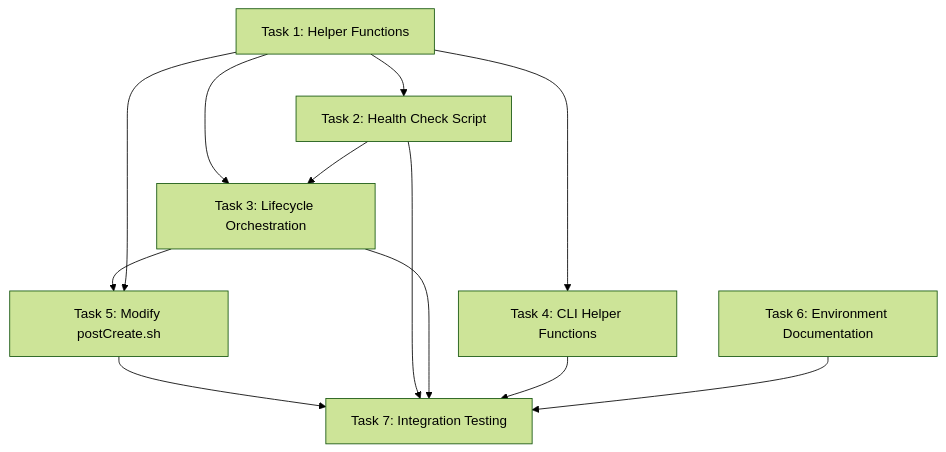
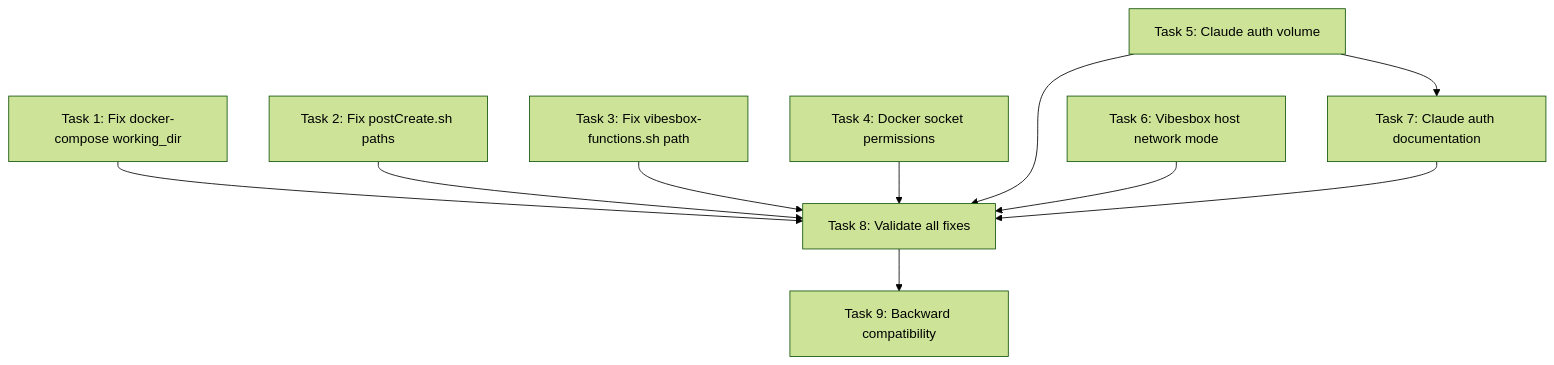
Before and after one commit to jonhill90/vibes: the diagram in prps/execution-plan.md, drawn with Mermaid (forest theme). The commit also changed other lines of this file and 5 other files, not shown here.

````diff
--- a/prps/execution-plan.md
+++ b/prps/execution-plan.md
@@ -11,22 +11,22 @@
 ```mermaid
 graph TD
-    Task1[Task 1: Helper Functions]
-    Task2[Task 2: Health Check Script]
-    Task3[Task 3: Lifecycle Orchestration]
-    Task4[Task 4: CLI Helper Functions]
-    Task5[Task 5: Modify postCreate.sh]
-    Task6[Task 6: Environment Documentation]
-    Task7[Task 7: Integration Testing]
+    Task1[Task 1: Fix docker-compose working_dir]
+    Task2[Task 2: Fix postCreate.sh paths]
+    Task3[Task 3: Fix vibesbox-functions.sh path]
+    Task4[Task 4: Docker socket permissions]
+    Task5[Task 5: Claude auth volume]
+    Task6[Task 6: Vibesbox host network mode]
+    Task7[Task 7: Claude auth documentation]
+    Task8[Task 8: Validate all fixes]
+    Task9[Task 9: Backward compatibility]
 
-    Task1 --> Task2
-    Task1 --> Task3
-    Task1 --> Task4
-    Task2 --> Task3
-    Task3 --> Task5
-    Task1 --> Task5
+    Task1 --> Task8
+    Task2 --> Task8
+    Task3 --> Task8
+    Task4 --> Task8
     Task5 --> Task7
-    Task2 --> Task7
-    Task3 --> Task7
-    Task4 --> Task7
-    Task6 --> Task7
+    Task5 --> Task8
+    Task6 --> Task8
+    Task7 --> Task8
+    Task8 --> Task9
 ```
````
